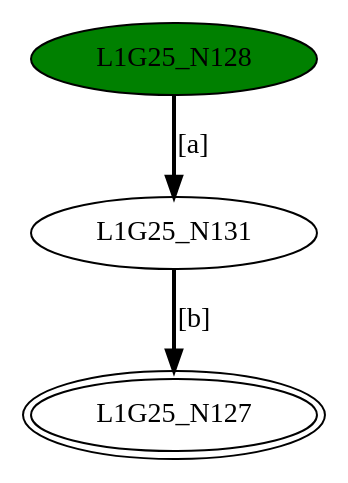
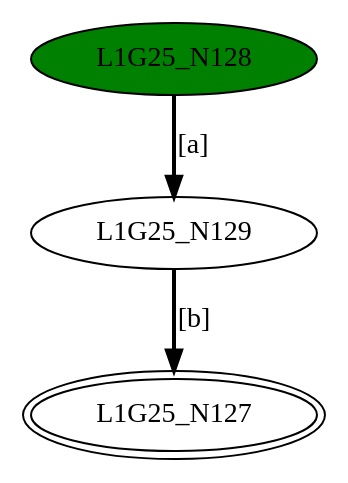
One commit to GDimitroulakos/EDUFLEX changed the diagram in DFASimulator/Testbench/minimizedDFA1.dot. Above: the diagram before and after it, drawn with Graphviz. The commit also changed 13 other files, not shown here.

```diff
--- a/DFASimulator/Testbench/minimizedDFA1.dot
+++ b/DFASimulator/Testbench/minimizedDFA1.dot
@@ -1,7 +1,7 @@
 digraph G25{
 "L1G25_N127" [peripheries=2];
 "L1G25_N128" [style=filled,fillcolor=green];
-"L1G25_N131";
-"L1G25_N128"->"L1G25_N131" [style = bold, label = "[a]"];
-"L1G25_N131"->"L1G25_N127" [style = bold, label = "[b]"];
+"L1G25_N129";
+"L1G25_N128"->"L1G25_N129" [style = bold, label = "[a]"];
+"L1G25_N129"->"L1G25_N127" [style = bold, label = "[b]"];
 }
```
